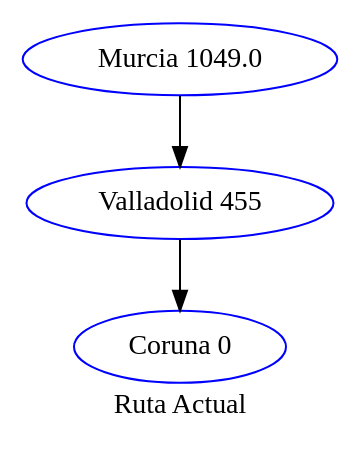
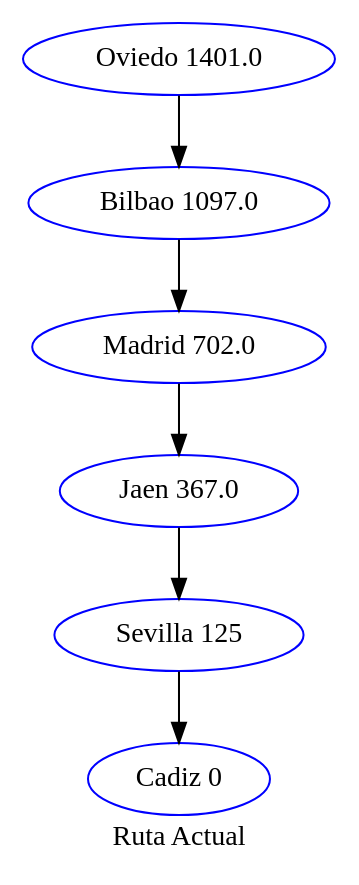
One commit to Rauqoz/EDD_Proyecto_2 changed the diagram in rutaActual.dot. Above: the diagram before and after it, drawn with Graphviz. The commit also changed 17 other files, not shown here.

```diff
--- a/rutaActual.dot
+++ b/rutaActual.dot
@@ -1,2 +1,2 @@
 digraph G { 
-node [style=circle, color = blue];"Murcia 1049.0" ->"Valladolid 455" ->"Coruna 0"; label = "Ruta Actual";} 
+node [style=circle, color = blue];"Oviedo 1401.0" ->"Bilbao 1097.0" ->"Madrid 702.0" ->"Jaen 367.0" ->"Sevilla 125" ->"Cadiz 0"; label = "Ruta Actual";} 
```
